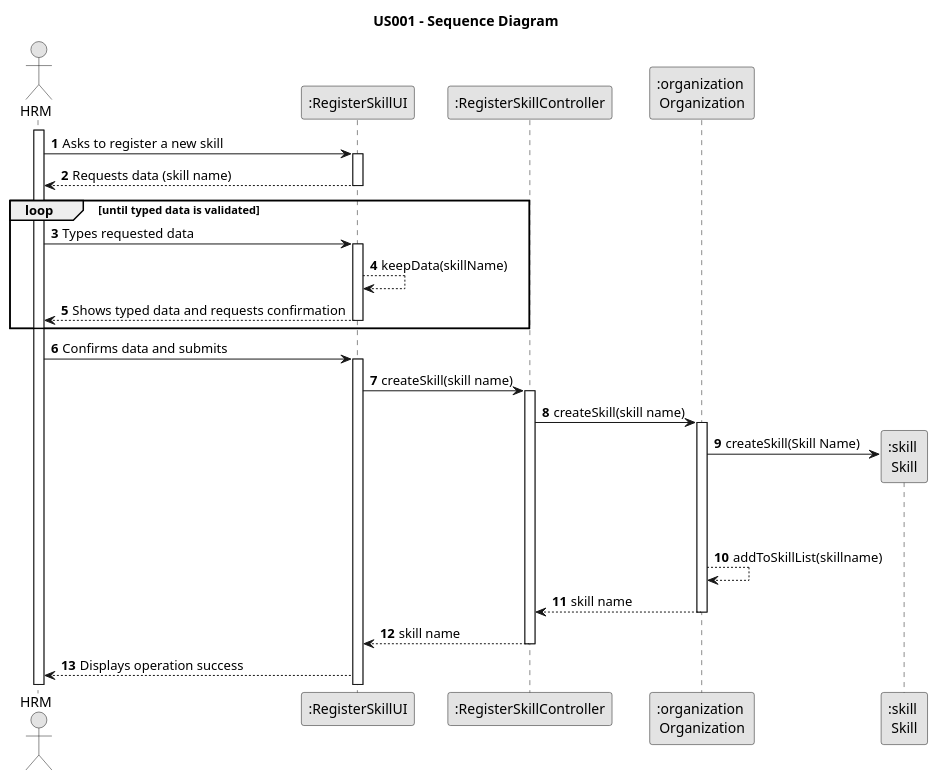
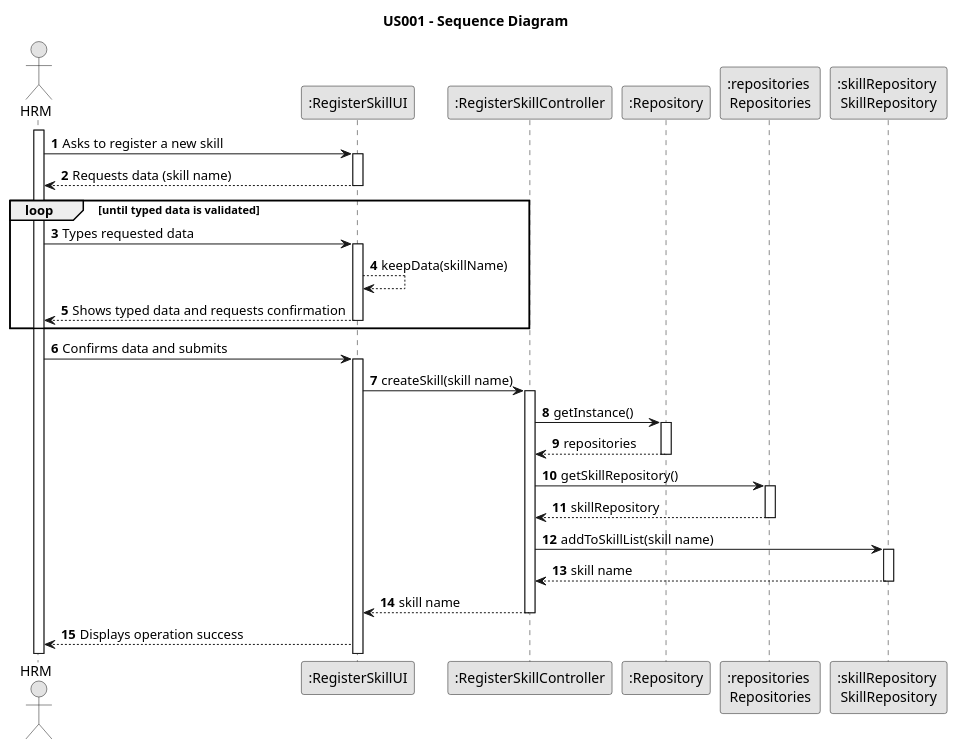
One commit to Rui-San/LAPR2_2023_2024 changed the diagram in docs/sprintB/us001/03.design/puml/us001-sequence-diagram.puml. Above: the diagram before and after it, drawn with PlantUML. The commit also changed 1 other file, not shown here.

Commit message:
us001\design: -sequence diagram updated and generated SVG

```diff
--- a/docs/sprintB/us001/03.design/puml/us001-sequence-diagram.puml
+++ b/docs/sprintB/us001/03.design/puml/us001-sequence-diagram.puml
@@ -1,54 +1,62 @@
     @startuml
 skinparam monochrome true
 skinparam packageStyle rectangle
 skinparam shadowing false
 
 title US001 - Sequence Diagram
 
 autonumber
 
 actor "HRM" as Employee
 participant ":RegisterSkillUI" as System
 participant ":RegisterSkillController" as RSC
-participant ":organization \nOrganization" as ORG
-participant ":skill \nSkill" as SL
+participant ":Repository" as REP
+participant ":repositories \nRepositories" as REPS
+participant ":skillRepository \nSkillRepository" as SR
 
 activate Employee
 
     Employee -> System : Asks to register a new skill
     activate System
 
         System --> Employee : Requests data (skill name)
     deactivate System
     loop until typed data is validated
     Employee -> System : Types requested data
     activate System
         System --> System : keepData(skillName)
 
         System --> Employee : Shows typed data and requests confirmation
 
     deactivate System
 end
     Employee -> System : Confirms data and submits
     activate System
         System -> RSC : createSkill(skill name)
         activate RSC
 
-            RSC -> ORG : createSkill(skill name)
-            activate ORG
-                ORG -> SL** : createSkill(Skill Name)
-                |||
-                |||
-                ORG --> ORG : addToSkillList(skillname)
+                RSC -> REP : getInstance()
 
-                ORG --> RSC : skill name
-            deactivate ORG
+                activate REP
+                REP --> RSC : repositories
+                deactivate REP
+                RSC -> REPS : getSkillRepository()
+
+                activate REPS
+                REPS --> RSC : skillRepository
+                deactivate REPS
+
+                RSC -> SR : addToSkillList(skill name)
+                activate SR
+                SR --> RSC : skill name
+                deactivate SR
+
 
             RSC --> System : skill name
 
         deactivate RSC
 
 
         System --> Employee : Displays operation success
 
 @enduml
```
